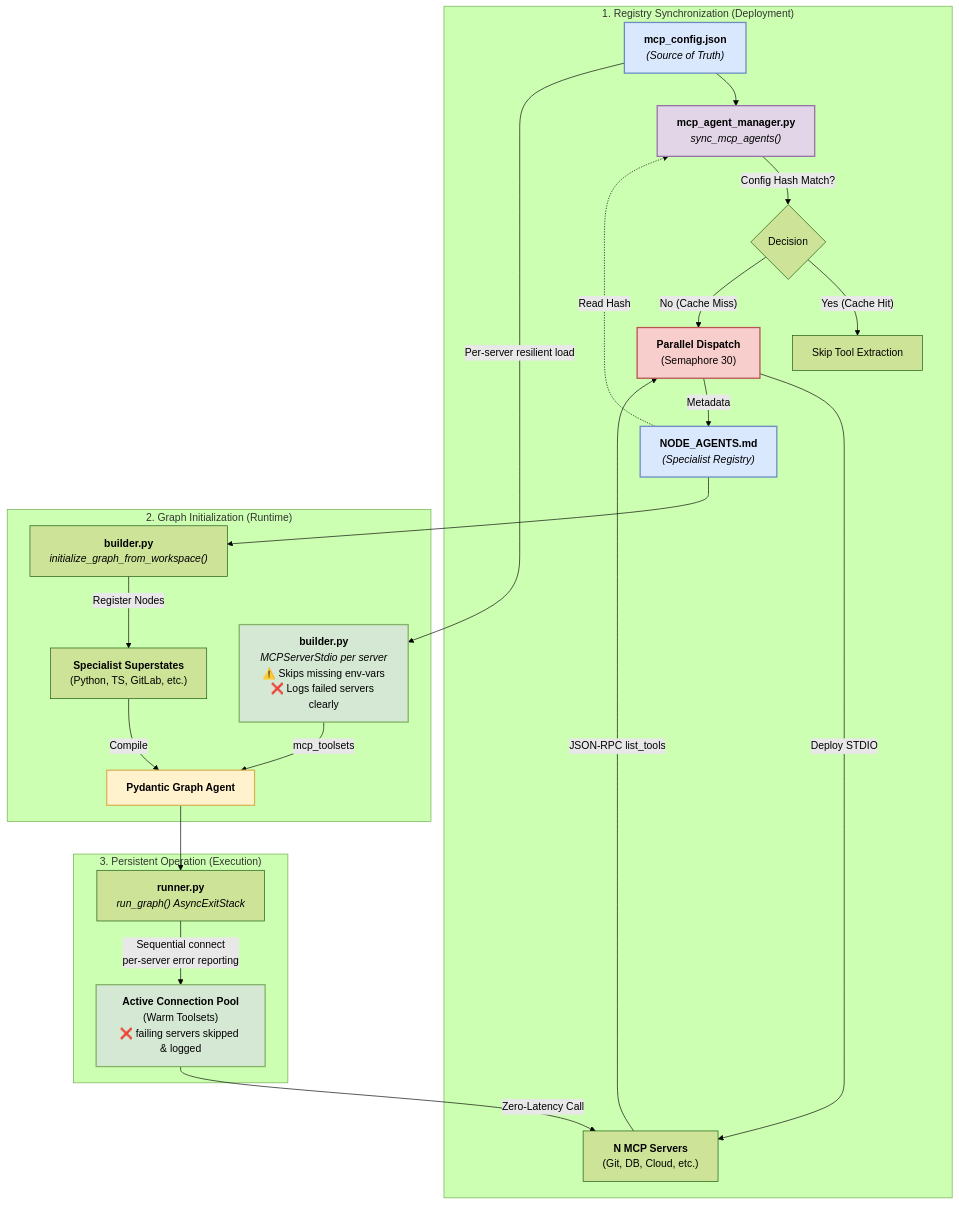
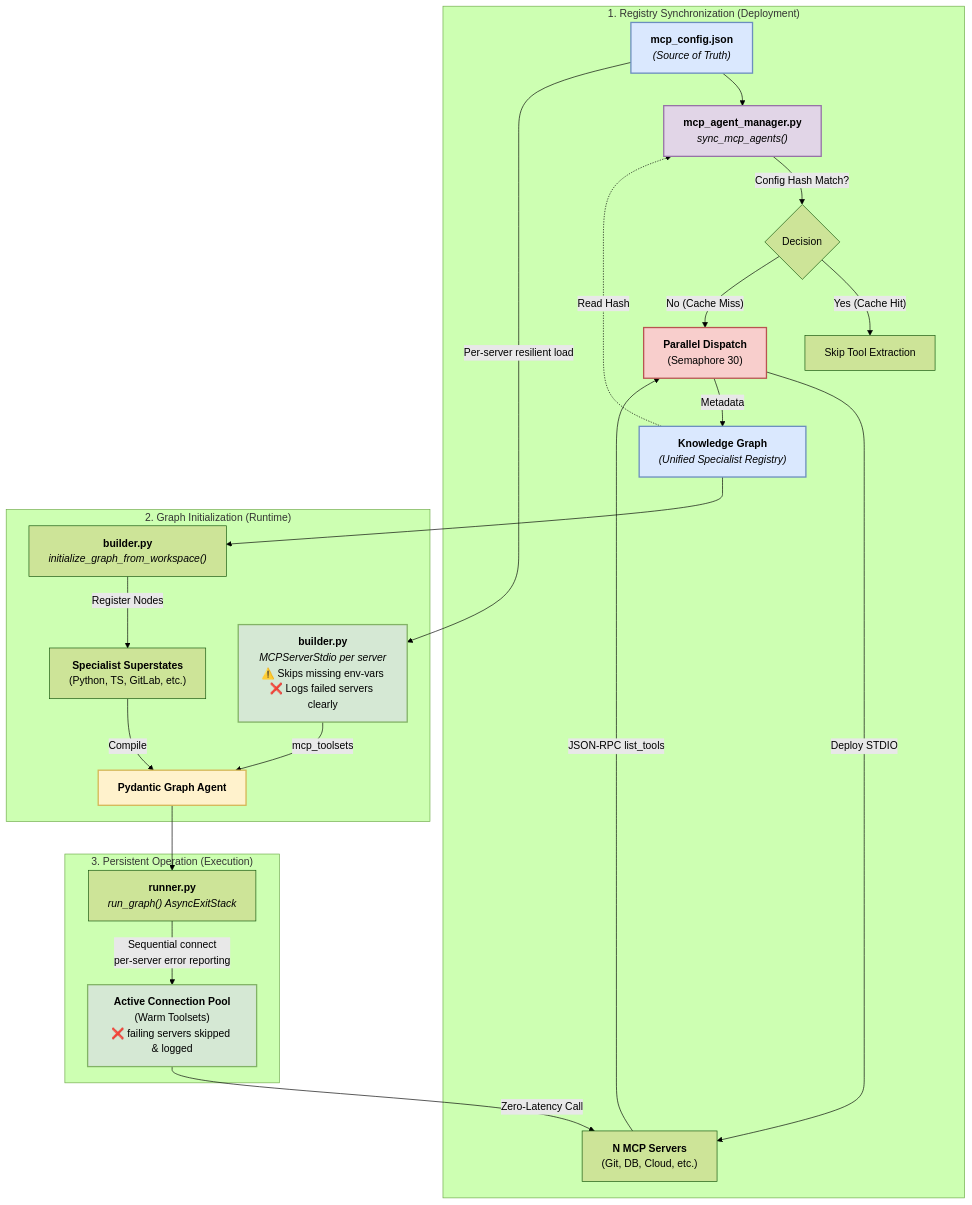
One commit to Knuckles-Team/agent-utilities changed the fifth of 5 diagrams in README.md. Above: the diagram before and after it, drawn with Mermaid (forest theme). The commit also changed other lines of this file and 174 other files, not shown here.

````diff
--- a/README.md
+++ b/README.md
@@ -455,38 +453,38 @@
 ```mermaid
 graph TD
     subgraph Registry_Phase ["1. Registry Synchronization (Deployment)"]
         Config["<b>mcp_config.json</b><br/><i>(Source of Truth)</i>"] --> Manager["<b>mcp_agent_manager.py</b><br/><i>sync_mcp_agents()</i>"]
-        Registry["<b>NODE_AGENTS.md</b><br/><i>(Specialist Registry)</i>"] -.->|Read Hash| Manager
+        KG_Registry["<b>Knowledge Graph</b><br/><i>(Unified Specialist Registry)</i>"] -.->|Read Hash| Manager
 
         Manager -->|Config Hash Match?| Branch{Decision}
         Branch -- "Yes (Cache Hit)" --> Skip["Skip Tool Extraction"]
         Branch -- "No (Cache Miss)" --> Parallel["<b>Parallel Dispatch</b><br/>(Semaphore 30)"]
 
         Parallel -->|Deploy STDIO| Servers["<b>N MCP Servers</b><br/>(Git, DB, Cloud, etc.)"]
         Servers -->|JSON-RPC list_tools| Parallel
-        Parallel -->|Metadata| Registry
+        Parallel -->|Metadata| KG_Registry
     end
 
     subgraph Initialization_Phase ["2. Graph Initialization (Runtime)"]
         Config -->|Per-server resilient load| Loader["<b>builder.py</b><br/><i>MCPServerStdio per server</i><br/>⚠️ Skips missing env-vars<br/>❌ Logs failed servers clearly"]
-        Registry --> Builder["<b>builder.py</b><br/><i>initialize_graph_from_workspace()</i>"]
+        KG_Registry --> Builder["<b>builder.py</b><br/><i>initialize_graph_from_workspace()</i>"]
         Loader -->|mcp_toolsets| 'graph'
         Builder -->|Register Nodes| Specialists["<b>Specialist Superstates</b><br/>(Python, TS, GitLab, etc.)"]
         Specialists -->|Compile| 'graph'["<b>Pydantic Graph Agent</b>"]
     end
 
     subgraph Operation_Phase ["3. Persistent Operation (Execution)"]
         'graph' --> Lifespan["<b>runner.py</b><br/><i>run_graph() AsyncExitStack</i>"]
         Lifespan -->|"Sequential connect<br/>per-server error reporting"| ConnPool["<b>Active Connection Pool</b><br/>(Warm Toolsets)<br/>❌ failing servers skipped & logged"]
         ConnPool -->|Zero-Latency Call| Servers
     end
 
     %% Styling
     style Config fill:#dae8fe,stroke:#6c8ebf,stroke-width:2px
-    style Registry fill:#dae8fe,stroke:#6c8ebf,stroke-width:2px
+    style KG_Registry fill:#dae8fe,stroke:#6c8ebf,stroke-width:2px
     style Manager fill:#e1d5e7,stroke:#9673a6,stroke-width:2px
     style Parallel fill:#f8cecc,stroke:#b85450,stroke-width:2px
     style ConnPool fill:#d5e8d4,stroke:#82b366,stroke-width:2px
     style 'graph' fill:#fff2cc,stroke:#d6b656,stroke-width:2px
     style Loader fill:#d5e8d4,stroke:#82b366,stroke-width:2px
 ```
````
